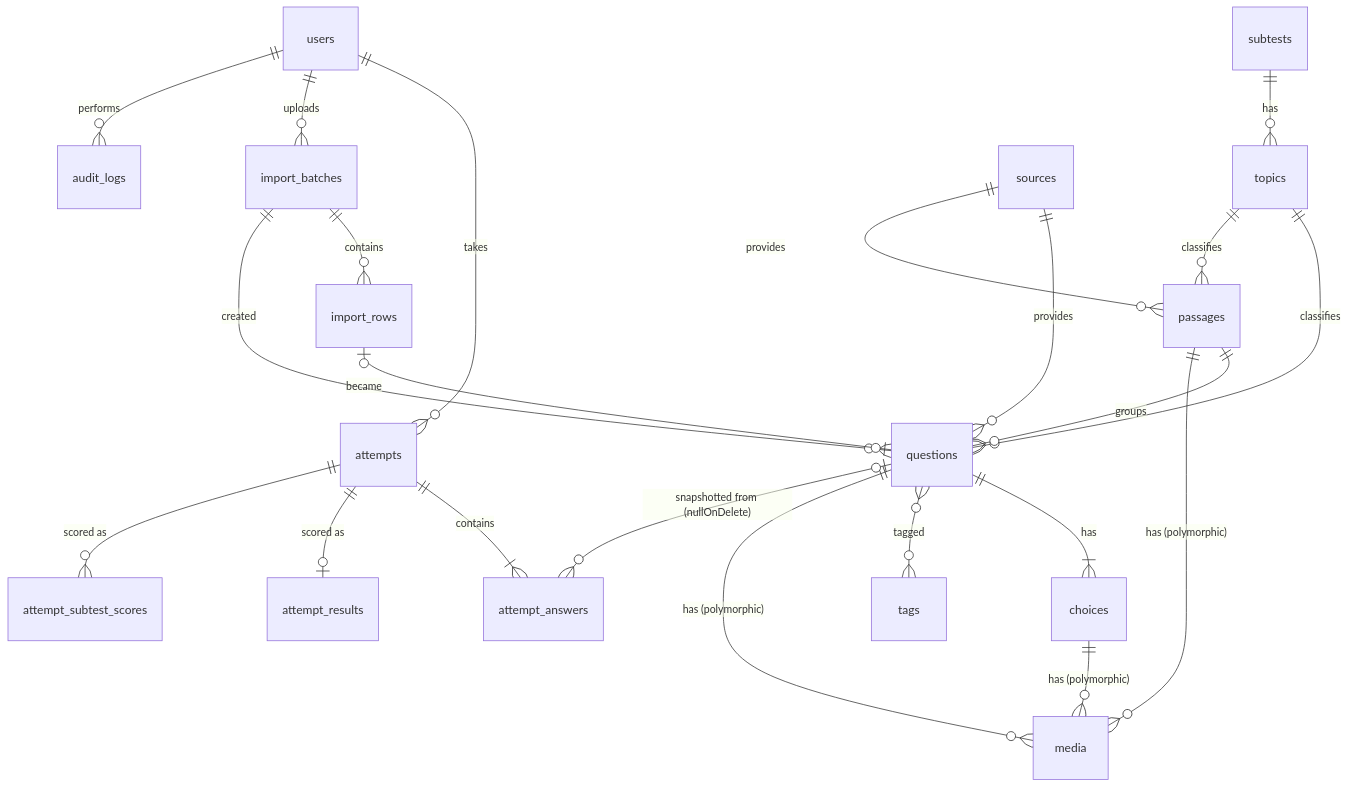
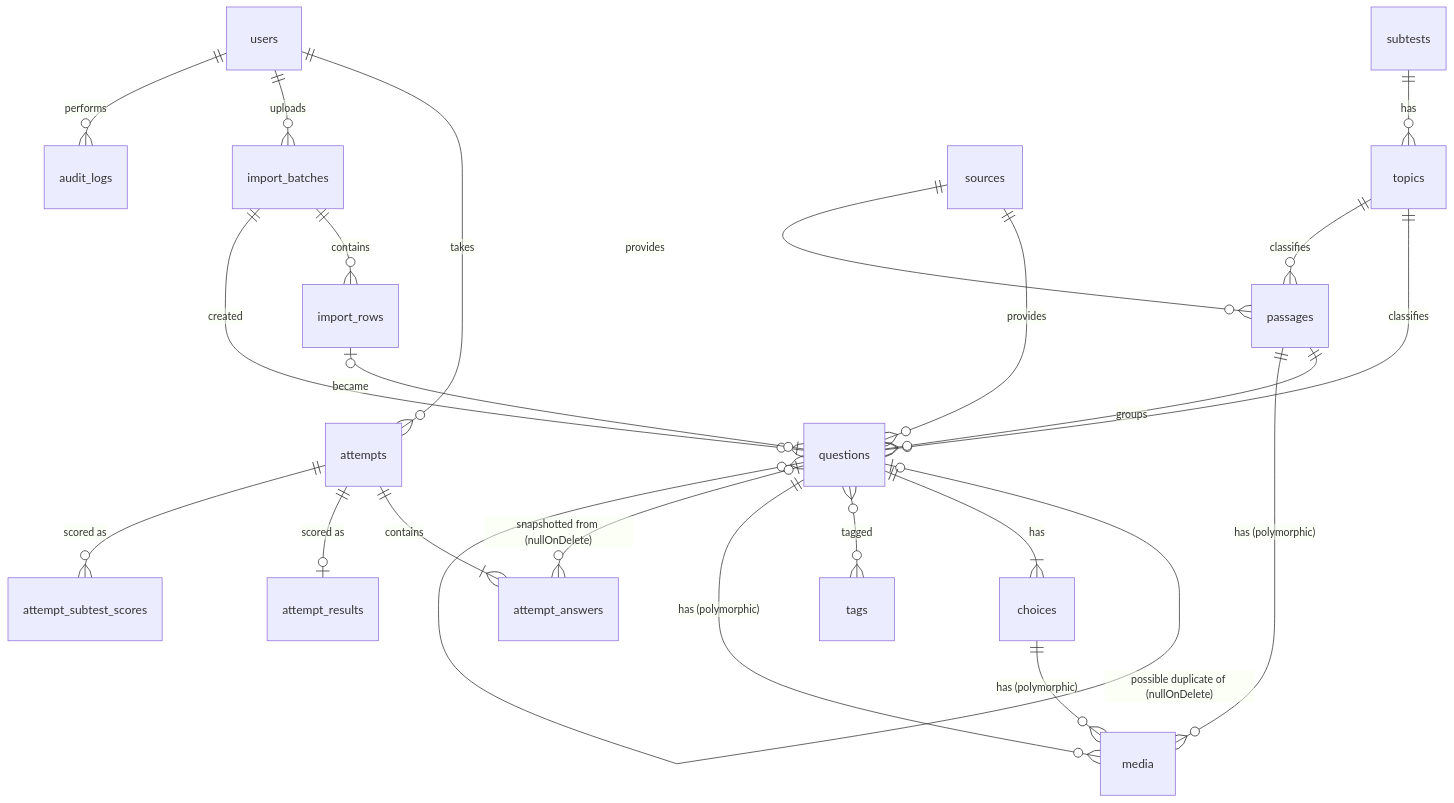
One commit to DMR-PersonalProject/cse-pro-reviewer changed the diagram in specs/plan.md. Above: the diagram before and after it, drawn with Mermaid. The commit also changed other lines of this file and 16 other files, not shown here.

````diff
--- a/specs/plan.md
+++ b/specs/plan.md
@@ -94,24 +94,25 @@
 ```mermaid
 erDiagram
   users ||--o{ attempts : takes
   users ||--o{ import_batches : uploads
   users ||--o{ audit_logs : performs
   subtests ||--o{ topics : has
   topics ||--o{ questions : classifies
   topics ||--o{ passages : classifies
   sources ||--o{ questions : provides
   sources ||--o{ passages : provides
   passages ||--o{ questions : groups
+  questions |o--o{ questions : "possible duplicate of (nullOnDelete)"
   questions ||--|{ choices : has
   questions }o--o{ tags : tagged
   questions ||--o{ media : "has (polymorphic)"
   passages ||--o{ media : "has (polymorphic)"
   choices ||--o{ media : "has (polymorphic)"
   import_batches ||--o{ import_rows : contains
   import_batches ||--o{ questions : created
   import_rows |o--o| questions : "became"
   attempts ||--|{ attempt_answers : contains
   questions |o--o{ attempt_answers : "snapshotted from (nullOnDelete)"
   attempts ||--o| attempt_results : "scored as"
   attempts ||--o{ attempt_subtest_scores : "scored as"
 ```
````
